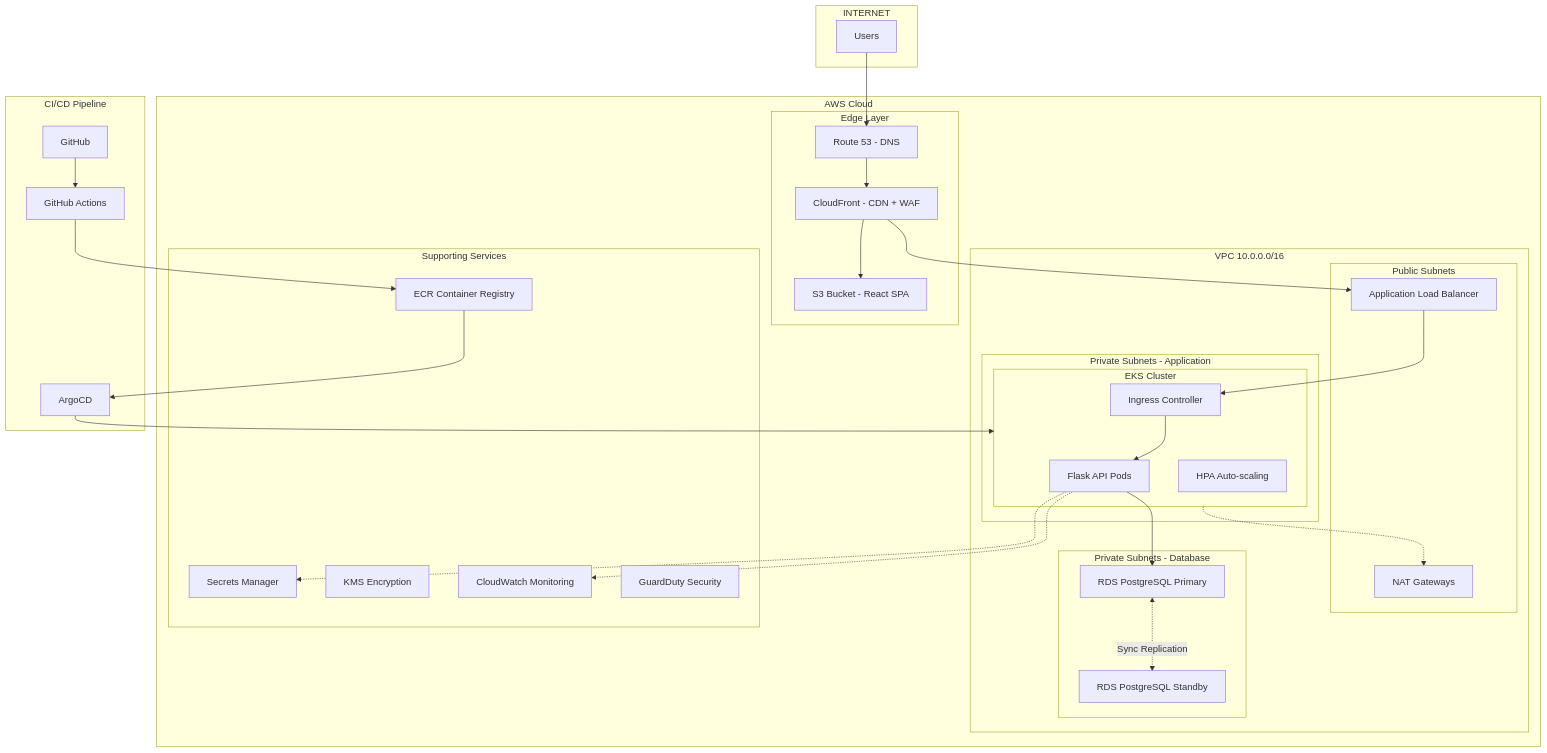
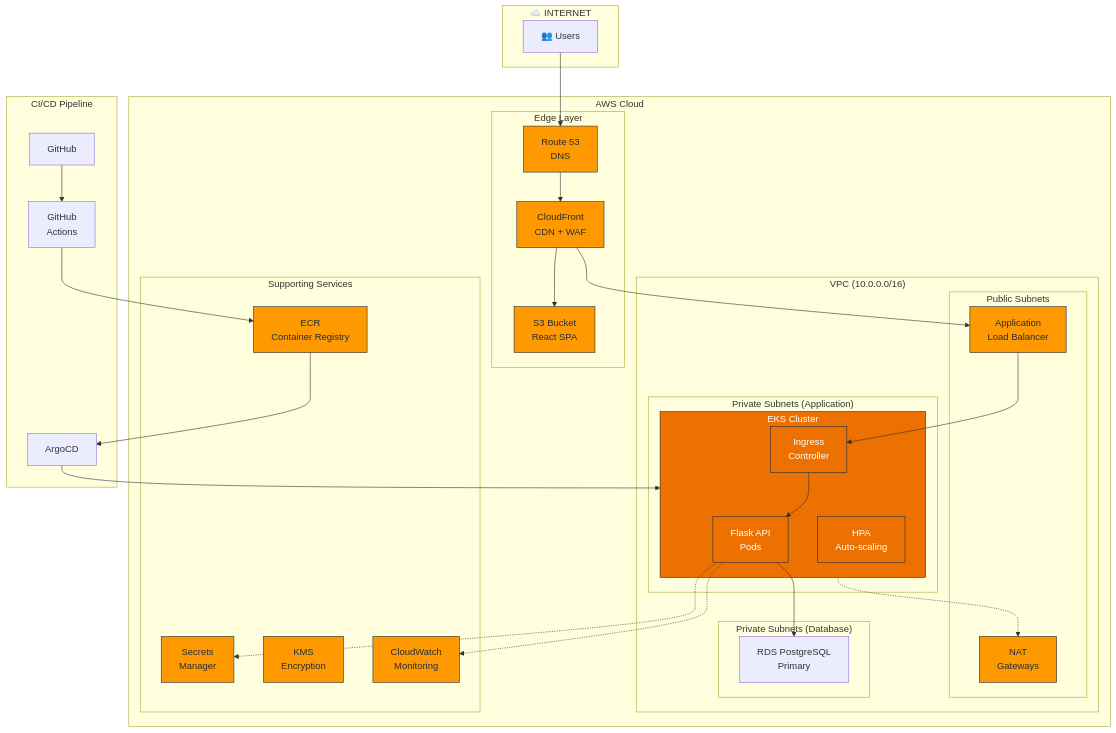
One commit to ArenHarut/opsfleet-task changed the diagram in innnovate/diagrams/architecture-overview.mermaid. Above: the diagram before and after it, drawn with Mermaid.

Commit message:
Update architecture diagram with improved labels

```diff
--- a/innnovate/diagrams/architecture-overview.mermaid
+++ b/innnovate/diagrams/architecture-overview.mermaid
@@ -1,64 +1,70 @@
 flowchart TB
-    subgraph Internet["INTERNET"]
-        Users["Users"]
+    subgraph Internet["☁️ INTERNET"]
+        Users["👥 Users"]
     end
 
     subgraph AWS["AWS Cloud"]
         subgraph Edge["Edge Layer"]
-            R53["Route 53 - DNS"]
-            CF["CloudFront - CDN + WAF"]
-            S3["S3 Bucket - React SPA"]
+            R53["Route 53<br/>DNS"]
+            CF["CloudFront<br/>CDN + WAF"]
+            S3["S3 Bucket<br/>React SPA"]
         end
 
-        subgraph VPC["VPC 10.0.0.0/16"]
+        subgraph VPC["VPC (10.0.0.0/16)"]
             subgraph Public["Public Subnets"]
-                ALB["Application Load Balancer"]
-                NAT["NAT Gateways"]
+                ALB["Application<br/>Load Balancer"]
+                NAT["NAT<br/>Gateways"]
             end
 
-            subgraph Private["Private Subnets - Application"]
+            subgraph Private["Private Subnets (Application)"]
                 subgraph EKS["EKS Cluster"]
-                    API["Flask API Pods"]
-                    Ingress["Ingress Controller"]
-                    HPA["HPA Auto-scaling"]
+                    API["Flask API<br/>Pods"]
+                    Ingress["Ingress<br/>Controller"]
+                    HPA["HPA<br/>Auto-scaling"]
                 end
             end
 
-            subgraph Database["Private Subnets - Database"]
-                RDS_Primary["RDS PostgreSQL Primary"]
-                RDS_Standby["RDS PostgreSQL Standby"]
+            subgraph Database["Private Subnets (Database)"]
+                RDS_Primary["RDS PostgreSQL<br/>Primary"]
             end
         end
 
         subgraph Services["Supporting Services"]
-            ECR["ECR Container Registry"]
-            SM["Secrets Manager"]
-            KMS["KMS Encryption"]
-            CW["CloudWatch Monitoring"]
-            GD["GuardDuty Security"]
+            ECR["ECR<br/>Container Registry"]
+            SM["Secrets<br/>Manager"]
+            KMS["KMS<br/>Encryption"]
+            CW["CloudWatch<br/>Monitoring"]
         end
     end
 
     subgraph CICD["CI/CD Pipeline"]
         GH["GitHub"]
-        GHA["GitHub Actions"]
+        GHA["GitHub<br/>Actions"]
         ARGO["ArgoCD"]
     end
 
     Users --> R53
     R53 --> CF
     CF --> S3
     CF --> ALB
     ALB --> Ingress
     Ingress --> API
     API --> RDS_Primary
-    RDS_Primary <-.->|Sync Replication| RDS_Standby
     
     GH --> GHA
     GHA --> ECR
     ECR --> ARGO
     ARGO --> EKS
     
     API -.-> SM
     API -.-> CW
     EKS -.-> NAT
+    
+    classDef aws fill:#FF9900,stroke:#232F3E,color:#232F3E
+    classDef security fill:#DD344C,stroke:#232F3E,color:white
+    classDef database fill:#3B48CC,stroke:#232F3E,color:white
+    classDef compute fill:#ED7100,stroke:#232F3E,color:white
+    classDef network fill:#8C4FFF,stroke:#232F3E,color:white
+    
+    class R53,CF,S3,ALB,NAT,ECR,SM,KMS,CW aws
+    class API,EKS,Ingress,HPA compute
```
